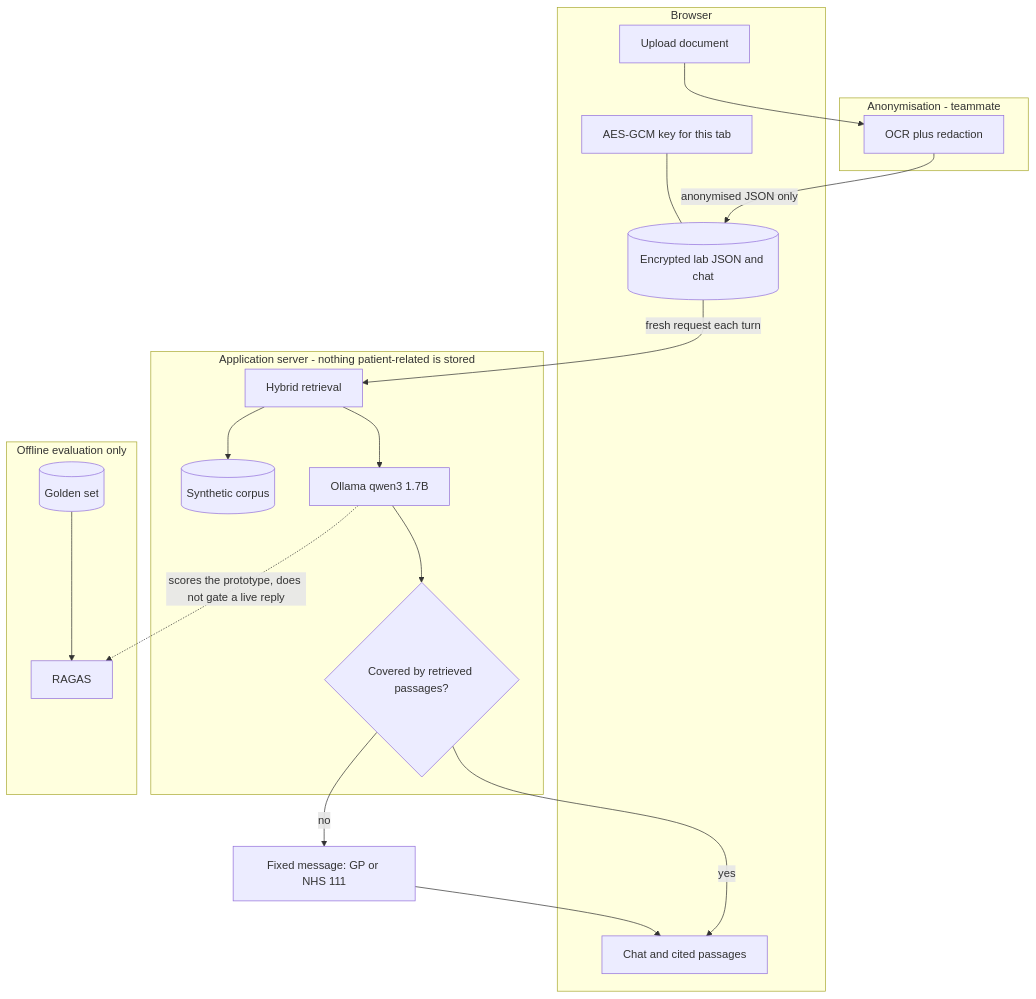
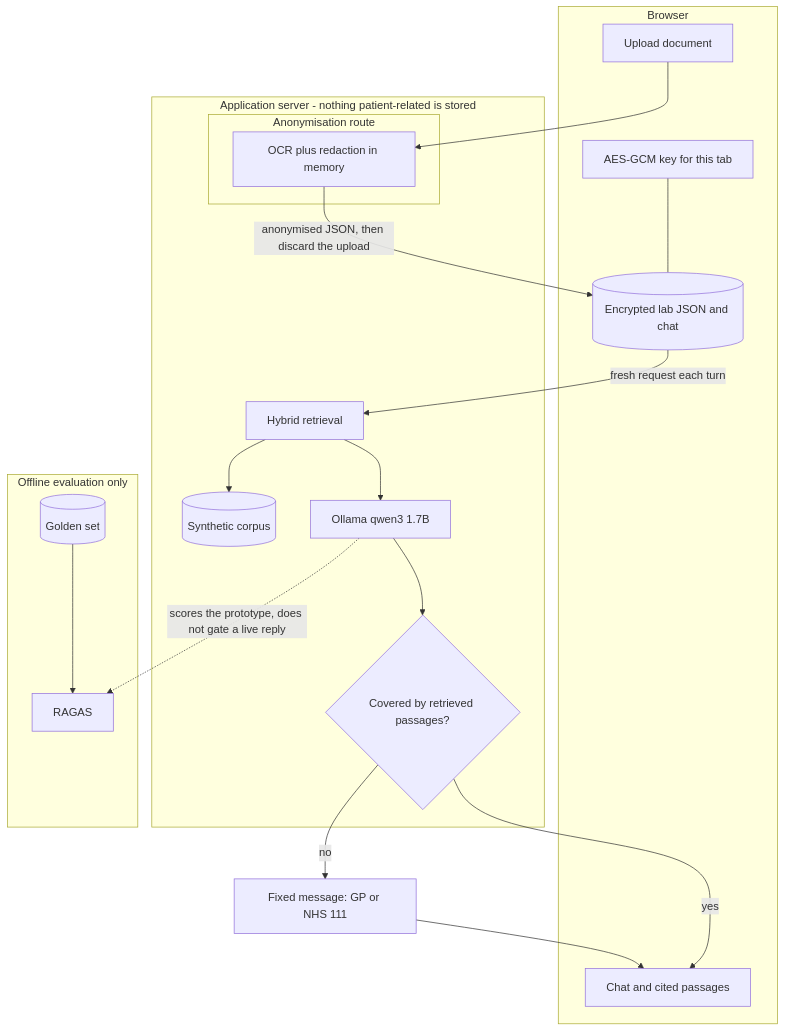
One commit to ramy-glitch/CarePath_AI changed the first of 5 diagrams in README.md. Above: the diagram before and after it, drawn with Mermaid. The commit also changed other lines of this file and 18 other files, not shown here.

````diff
--- a/README.md
+++ b/README.md
@@ -21,38 +21,37 @@
 ```mermaid
 flowchart TB
   subgraph browserBox [Browser]
     upload[Upload document]
     files[("Encrypted lab JSON and chat")]
     key[AES-GCM key for this tab]
     ui[Chat and cited passages]
   end
 
-  subgraph redactBox [Anonymisation - teammate]
-    extract[OCR plus redaction]
-  end
-
   subgraph serverBox [Application server - nothing patient-related is stored]
+    subgraph redactBox [Anonymisation route]
+      extract[OCR plus redaction in memory]
+    end
     retrieve[Hybrid retrieval]
     corpus[("Synthetic corpus")]
     llm[Ollama qwen3 1.7B]
     gate{Covered by retrieved passages?}
   end
 
   subgraph evalBox [Offline evaluation only]
     ragas[RAGAS]
     golden[("Golden set")]
   end
 
   upload --> extract
-  extract -->|"anonymised JSON only"| files
+  extract -->|"anonymised JSON, then discard the upload"| files
   key --- files
   files -->|"fresh request each turn"| retrieve
   retrieve --> corpus
   retrieve --> llm
   llm --> gate
   gate -->|yes| ui
   gate -->|no| fixedMsg[Fixed message: GP or NHS 111]
   fixedMsg --> ui
   llm -.->|"scores the prototype, does not gate a live reply"| ragas
   golden --> ragas
 ```
````
